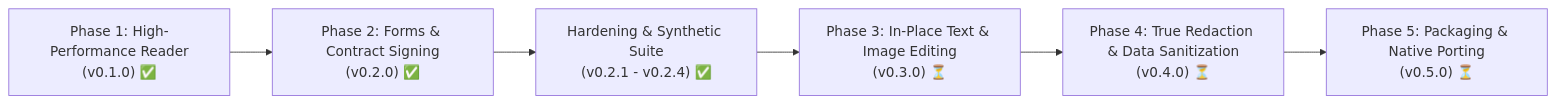
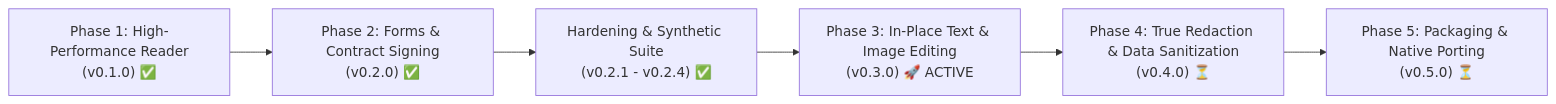
Before and after one commit to aitordiaz/kestrel-pdf: the diagram in docs/plans/0001-mvp-roadmap.md, drawn with Mermaid. The commit also changed other lines of this file and 15 other files, not shown here.

Commit message:
feat: implement Phase 3 in-place text & image editing and page tree organization (v0.3.0) (#28)

````diff
--- a/docs/plans/0001-mvp-roadmap.md
+++ b/docs/plans/0001-mvp-roadmap.md
@@ -7,8 +7,8 @@
 ```mermaid
 flowchart LR
     P1["Phase 1: High-Performance Reader\n(v0.1.0) ✅"] --> P2["Phase 2: Forms & Contract Signing\n(v0.2.0) ✅"]
     P2 --> H["Hardening & Synthetic Suite\n(v0.2.1 - v0.2.4) ✅"]
-    H --> P3["Phase 3: In-Place Text & Image Editing\n(v0.3.0) ⏳"]
+    H --> P3["Phase 3: In-Place Text & Image Editing\n(v0.3.0) 🚀 ACTIVE"]
     P3 --> P4["Phase 4: True Redaction & Data Sanitization\n(v0.4.0) ⏳"]
     P4 --> P5["Phase 5: Packaging & Native Porting\n(v0.5.0) ⏳"]
 ```
````
